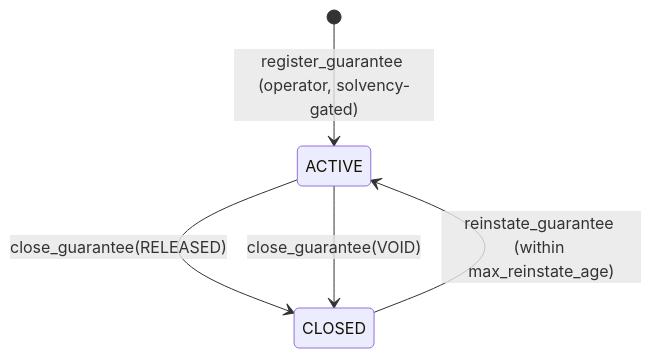
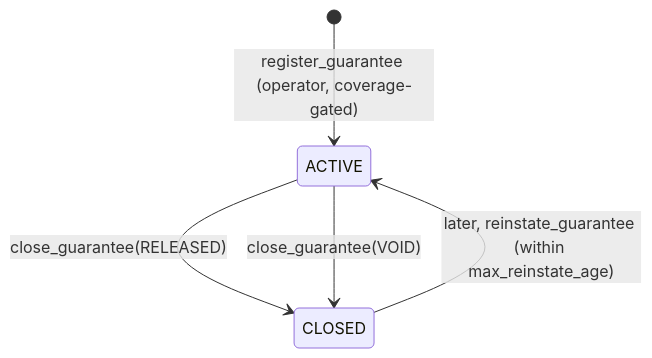
The first of 5 diagrams in docs/architecture/state-machines.md (mutav-finance/mutav-protocol-solana), drawn with Mermaid before and after one commit. The commit also changed other lines of this file and 12 other files, not shown here.

First line of the commit message:
docs: align architecture and security pages with main

````diff
--- a/docs/architecture/state-machines.md
+++ b/docs/architecture/state-machines.md
@@ -9,7 +9,7 @@
 ```mermaid
 stateDiagram-v2
-  [*] --> ACTIVE: register_guarantee (operator, solvency-gated)
+  [*] --> ACTIVE: register_guarantee (operator, coverage-gated)
   ACTIVE --> CLOSED: close_guarantee(RELEASED)
   ACTIVE --> CLOSED: close_guarantee(VOID)
-  CLOSED --> ACTIVE: reinstate_guarantee (within max_reinstate_age)
+  CLOSED --> ACTIVE: later, reinstate_guarantee (within max_reinstate_age)
 ```
````
